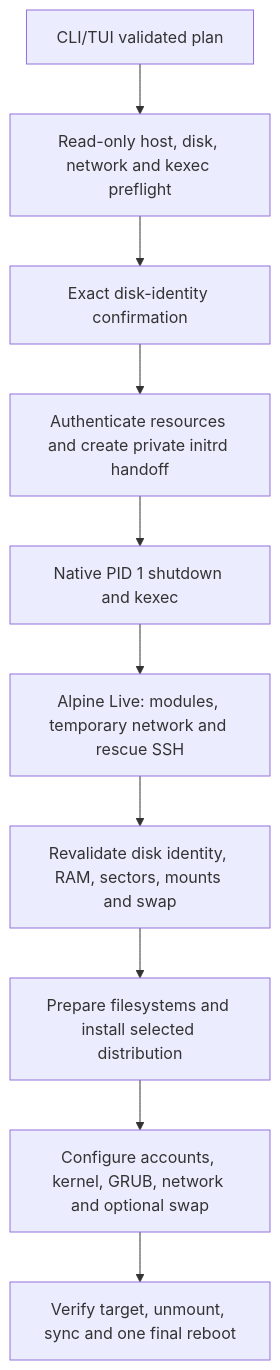
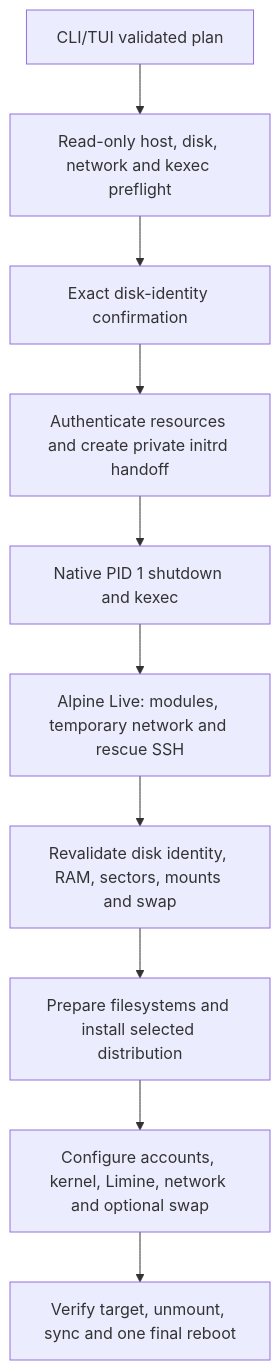
One commit to Clementine-Miles/rustaller changed the diagram in docs/ARCHITECTURE.md. Above: the diagram before and after it, drawn with Mermaid. The commit also changed other lines of this file and 50 other files, not shown here.

````diff
--- a/docs/ARCHITECTURE.md
+++ b/docs/ARCHITECTURE.md
@@ -28,12 +28,12 @@
 ```mermaid
 flowchart TD
     A[CLI/TUI validated plan] --> B[Read-only host, disk, network and kexec preflight]
     B --> C[Exact disk-identity confirmation]
     C --> D[Authenticate resources and create private initrd handoff]
     D --> E[Native PID 1 shutdown and kexec]
     E --> F[Alpine Live: modules, temporary network and rescue SSH]
     F --> G[Revalidate disk identity, RAM, sectors, mounts and swap]
     G --> H[Prepare filesystems and install selected distribution]
-    H --> I[Configure accounts, kernel, GRUB, network and optional swap]
+    H --> I[Configure accounts, kernel, Limine, network and optional swap]
     I --> J[Verify target, unmount, sync and one final reboot]
 ```
````
